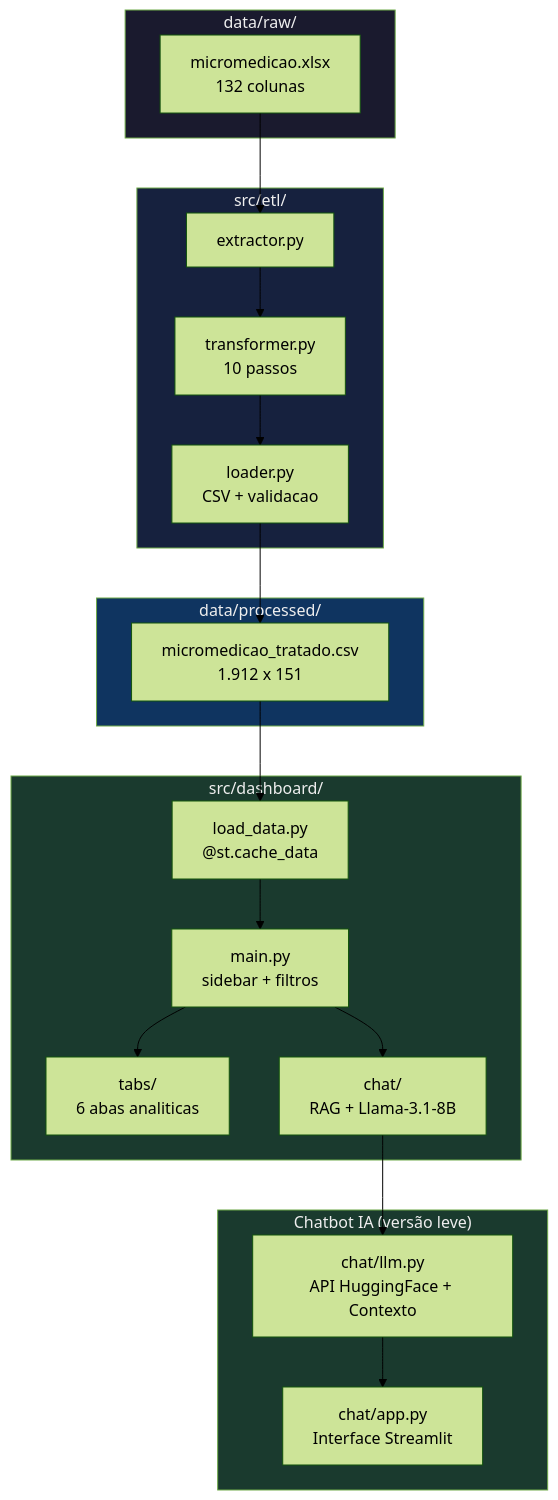
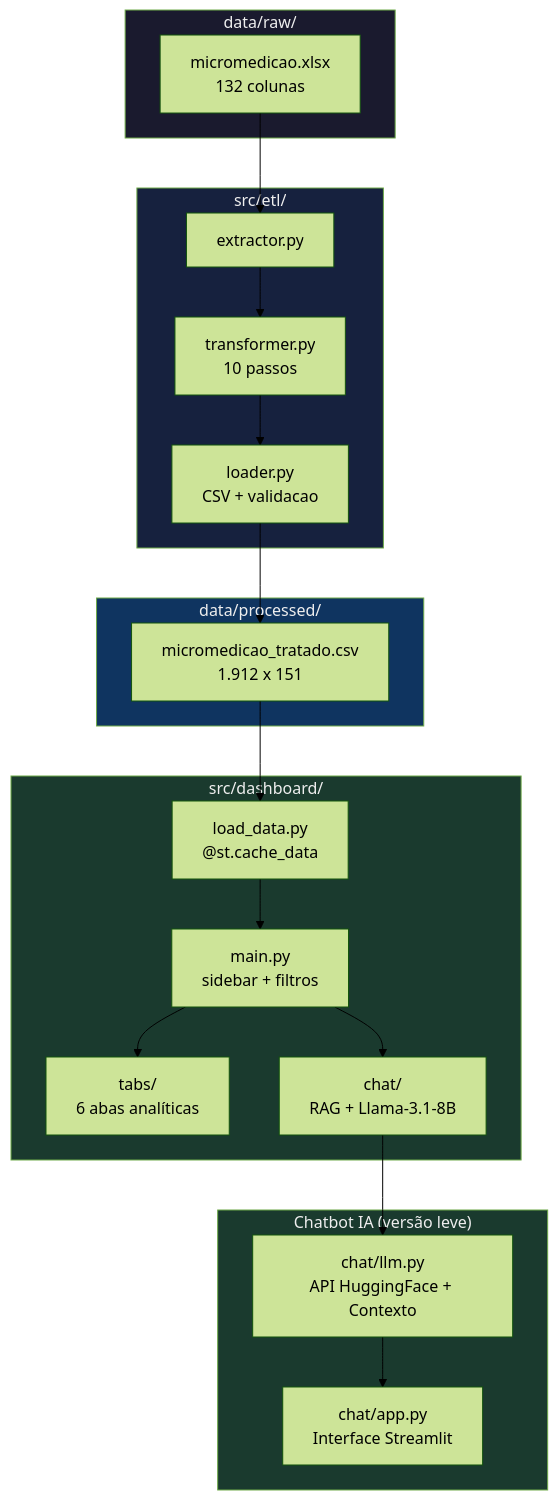
One commit to cavalcanteprofissional/sanova-micromedicao-dashboard changed the first of 6 diagrams in README.md. Above: the diagram before and after it, drawn with Mermaid (forest theme). The commit also changed other lines of this file, not shown here.

````diff
--- a/README.md
+++ b/README.md
@@ -37,40 +37,40 @@
 ```mermaid
 flowchart TD
     subgraph RAW["data/raw/"]
         A["micromedicao.xlsx\n132 colunas"]
     end
 
     subgraph ETL["src/etl/"]
         B["extractor.py"]
         C["transformer.py\n10 passos"]
         D["loader.py\nCSV + validacao"]
     end
 
     subgraph PROCESSED["data/processed/"]
         E["micromedicao_tratado.csv\n1.912 x 151"]
     end
 
     subgraph DASHBOARD["src/dashboard/"]
         F["load_data.py\n@st.cache_data"]
         G["main.py\nsidebar + filtros"]
-        H["tabs/\n6 abas analiticas"]
+        H["tabs/\n6 abas analíticas"]
         I["chat/\nRAG + Llama-3.1-8B"]
     end
 
     subgraph CHATBOT["Chatbot IA (versão leve)"]
         J["chat/llm.py\nAPI HuggingFace + Contexto"]
         K["chat/app.py\nInterface Streamlit"]
     end
 
     A --> B --> C --> D --> E
     E --> F --> G
     G --> H
     G --> I
     I --> J --> K
 
     style RAW fill:#1a1a2e,color:#eee
     style ETL fill:#16213e,color:#eee
     style PROCESSED fill:#0f3460,color:#eee
     style DASHBOARD fill:#1a3a2e,color:#eee
     style CHATBOT fill:#1a3a2e,color:#eee
 ```
````
